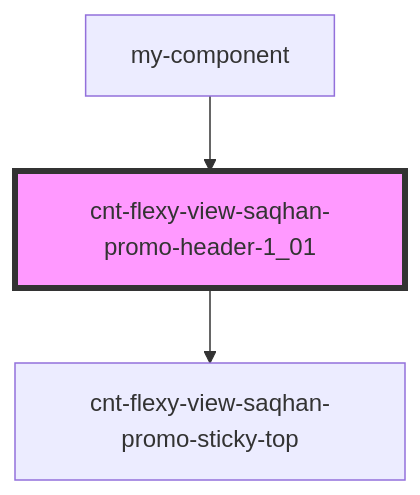
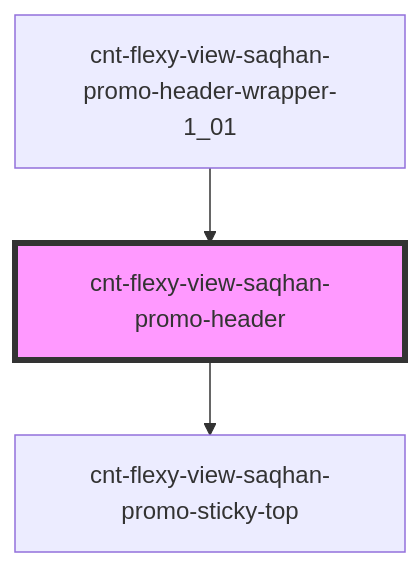
Before and after one commit to saqhan/s-promo: the diagram in src/components/cnt-flexy-view-saqhan-promo-header-wrapper/res/view/cnt-flexy-view-saqhan-promo-header/readme.md, drawn with Mermaid. The commit also changed other lines of this file and 167 other files, not shown here.

````diff
--- a/src/components/cnt-flexy-view-saqhan-promo-header-wrapper/res/view/cnt-flexy-view-saqhan-promo-header/readme.md
+++ b/src/components/cnt-flexy-view-saqhan-promo-header-wrapper/res/view/cnt-flexy-view-saqhan-promo-header/readme.md
@@ -26,6 +26,6 @@
 ```mermaid
 graph TD;
-  cnt-flexy-view-saqhan-promo-header-1_01 --> cnt-flexy-view-saqhan-promo-sticky-top
-  my-component --> cnt-flexy-view-saqhan-promo-header-1_01
-  style cnt-flexy-view-saqhan-promo-header-1_01 fill:#f9f,stroke:#333,stroke-width:4px
+  cnt-flexy-view-saqhan-promo-header --> cnt-flexy-view-saqhan-promo-sticky-top
+  cnt-flexy-view-saqhan-promo-header-wrapper-1_01 --> cnt-flexy-view-saqhan-promo-header
+  style cnt-flexy-view-saqhan-promo-header fill:#f9f,stroke:#333,stroke-width:4px
 ```
````
